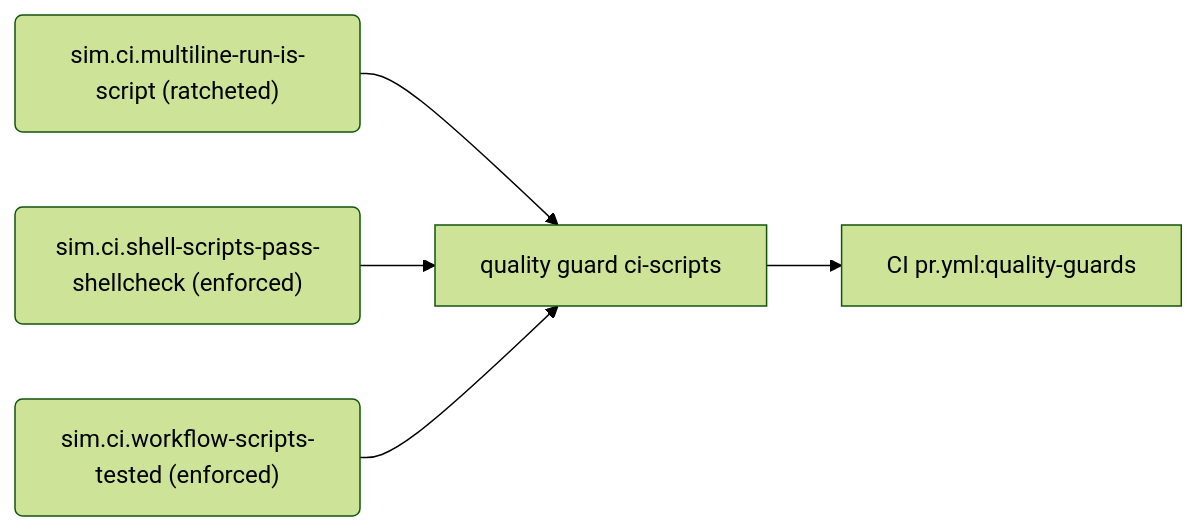
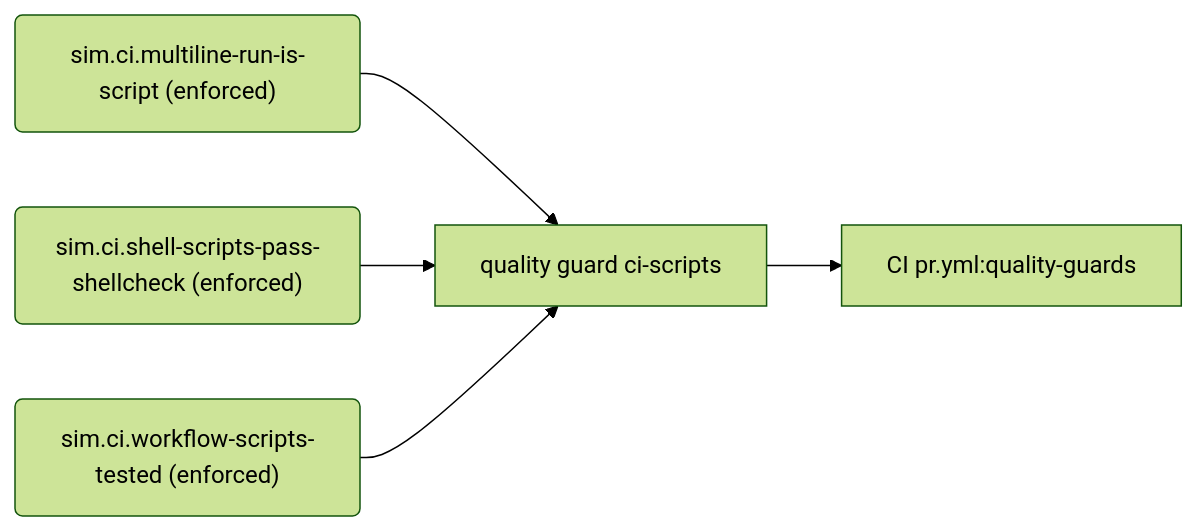
The ninth of 10 diagrams in docs/generated/rules.md (PolicyEngine/policyengine-sim-api), drawn with Mermaid (forest theme) before and after one commit. The commit also changed other lines of this file and 14 other files, not shown here.

````diff
--- a/docs/generated/rules.md
+++ b/docs/generated/rules.md
@@ -448,12 +447,12 @@
 ```mermaid
 flowchart LR
-  r_sim_ci_multiline_run_is_script("sim.ci.multiline-run-is-script (ratcheted)")
+  r_sim_ci_multiline_run_is_script("sim.ci.multiline-run-is-script (enforced)")
   e_quality_guard_ci_scripts["quality guard ci-scripts"]
   j_CI_pr_yml_quality_guards["CI pr.yml:quality-guards"]
   r_sim_ci_shell_scripts_pass_shellcheck("sim.ci.shell-scripts-pass-shellcheck (enforced)")
   r_sim_ci_workflow_scripts_tested("sim.ci.workflow-scripts-tested (enforced)")
   r_sim_ci_multiline_run_is_script --> e_quality_guard_ci_scripts
   e_quality_guard_ci_scripts --> j_CI_pr_yml_quality_guards
   r_sim_ci_shell_scripts_pass_shellcheck --> e_quality_guard_ci_scripts
   r_sim_ci_workflow_scripts_tested --> e_quality_guard_ci_scripts
 ```
````
